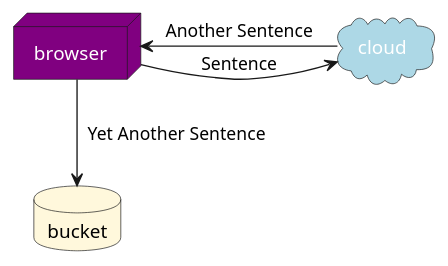
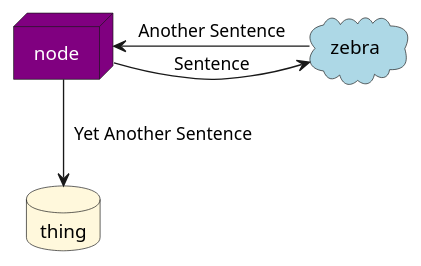
The second of 3 diagrams in help.md (qqap/ponderings), drawn with PlantUML before and after one commit. The commit also changed other lines of this file and 7 other files, not shown here.

````diff
--- a/help.md
+++ b/help.md
@@ -28,9 +28,9 @@
 ```plantuml
-node "<color:white>browser</color>" as b #purple
-cloud "<color:white>cloud</color>" as w #lightblue
-database bucket as bu #cornsilk
+node "<color:white>node</color>" as b #purple
+cloud "<color:black>zebra</color>" as w #lightblue
+database thing as bu #cornsilk
 
 b -> w : Sentence
 w -> b : Another Sentence
 b --> bu : "  Yet Another Sentence"
 ```
````
